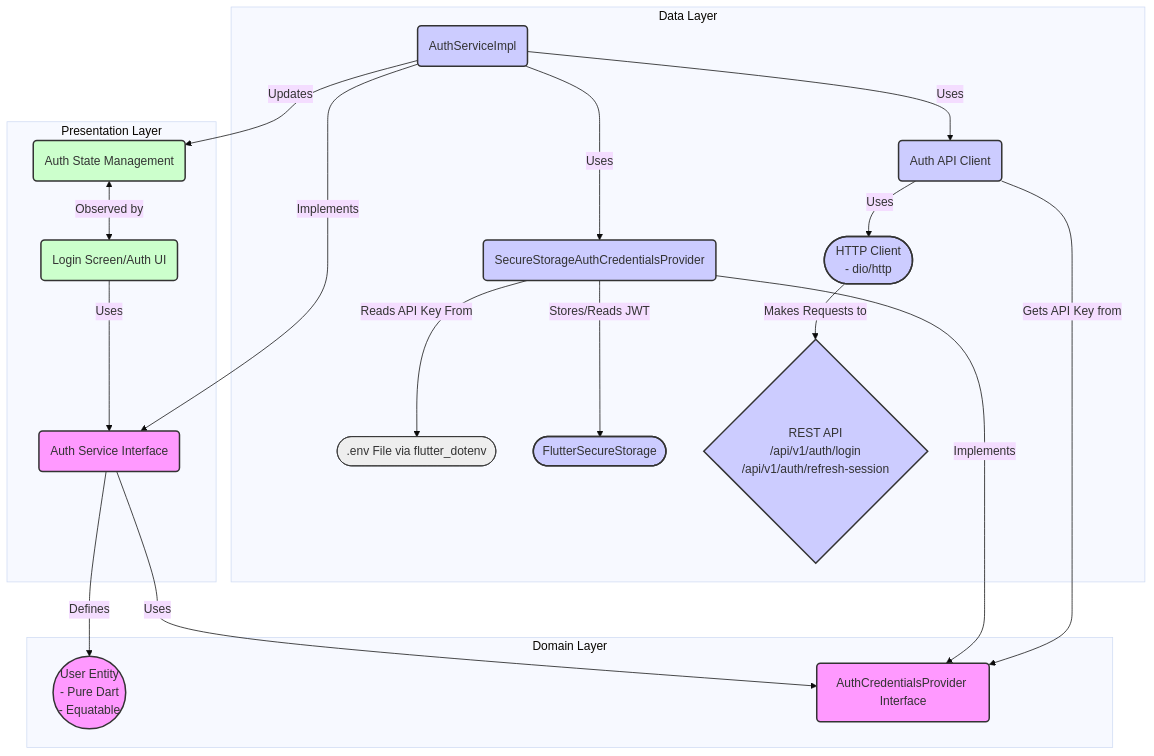
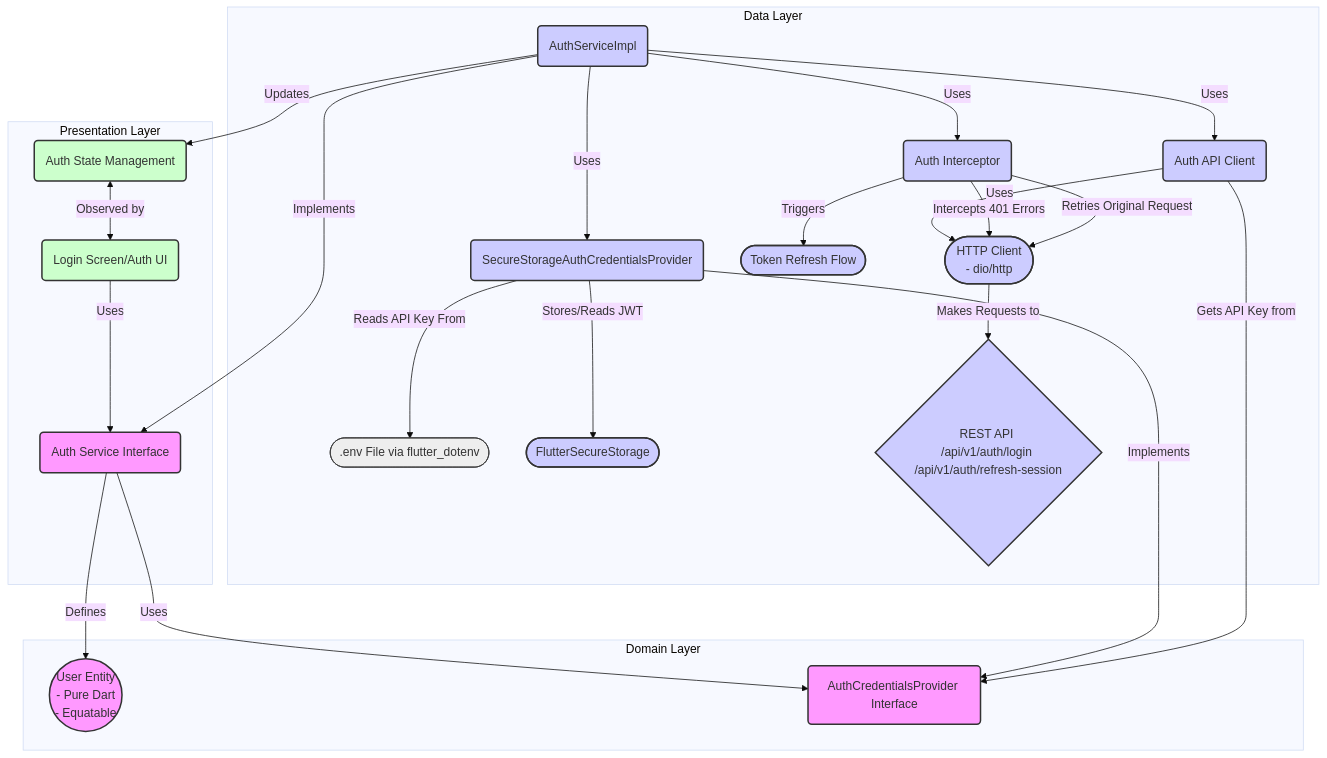
Before and after one commit to MediScribe/docjet-mobile: the second of 3 diagrams in docs/fresh-start/architecture.md, drawn with Mermaid (base theme). The commit also changed other lines of this file and 34 other files, not shown here.

````diff
--- a/docs/fresh-start/architecture.md
+++ b/docs/fresh-start/architecture.md
@@ -52,38 +52,44 @@
 ```mermaid
 graph TD
     subgraph "Presentation Layer"
         UI(Login Screen/Auth UI) -->|Uses| AuthService(Auth Service Interface)
         AuthState(Auth State Management) <-->|Observed by| UI
     end
 
     subgraph "Domain Layer"
         AuthService -->|Defines| User((User Entity\n- Pure Dart\n- Equatable))
         AuthService -->|Uses| AuthCredProvider(AuthCredentialsProvider Interface)
     end
 
     subgraph "Data Layer"
         AuthServiceImpl(AuthServiceImpl) -->|Implements| AuthService
         AuthServiceImpl -->|Uses| AuthApiClient(Auth API Client)
         AuthServiceImpl -->|Updates| AuthState
         AuthServiceImpl -->|Uses| AuthCredProviderImpl(SecureStorageAuthCredentialsProvider)
+        AuthServiceImpl -->|Uses| AuthInterceptor(Auth Interceptor)
         
         AuthCredProviderImpl -->|Implements| AuthCredProvider
         AuthCredProviderImpl -->|Reads API Key From| DotEnv([.env File via flutter_dotenv])
         AuthCredProviderImpl -->|Stores/Reads JWT| SecureStorage([FlutterSecureStorage])
         
         AuthApiClient -->|Uses| HttpClient([HTTP Client\n- dio/http])
         AuthApiClient -->|Gets API Key from| AuthCredProvider
-        HttpClient -->|Makes Requests to| AuthAPI{REST API\n/api/v1/auth/login\n/api/v1/auth/refresh-session}
+        
+        AuthInterceptor -->|Intercepts 401 Errors| HttpClient
+        AuthInterceptor -->|Triggers| TokenRefresh([Token Refresh Flow])
+        AuthInterceptor -->|Retries Original Request| HttpClient
+        
+        HttpClient -->|Makes Requests to| AuthAPI{REST API /api/v1/auth/login /api/v1/auth/refresh-session}
     end
 
     %% Styling
     classDef domain fill:#f9f,stroke:#333,stroke-width:2px;
     classDef data fill:#ccf,stroke:#333,stroke-width:2px;
     classDef presentation fill:#cfc,stroke:#333,stroke-width:2px;
     classDef external fill:#eee,stroke:#333,stroke-width:1px;
 
     class UI,AuthState presentation;
     class AuthService,User,AuthCredProvider domain;
-    class AuthServiceImpl,AuthCredProviderImpl,SecureStorage,HttpClient,AuthAPI,AuthApiClient data;
+    class AuthServiceImpl,AuthCredProviderImpl,SecureStorage,HttpClient,AuthAPI,AuthApiClient,AuthInterceptor,TokenRefresh data;
     class DotEnv external;
 ```
````
